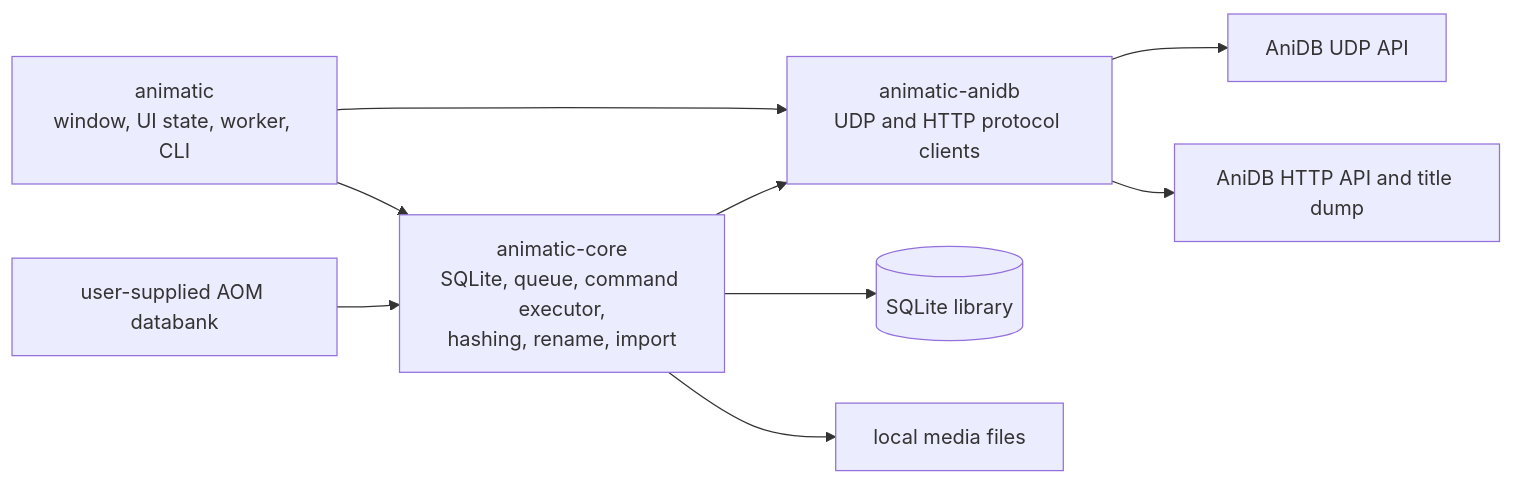
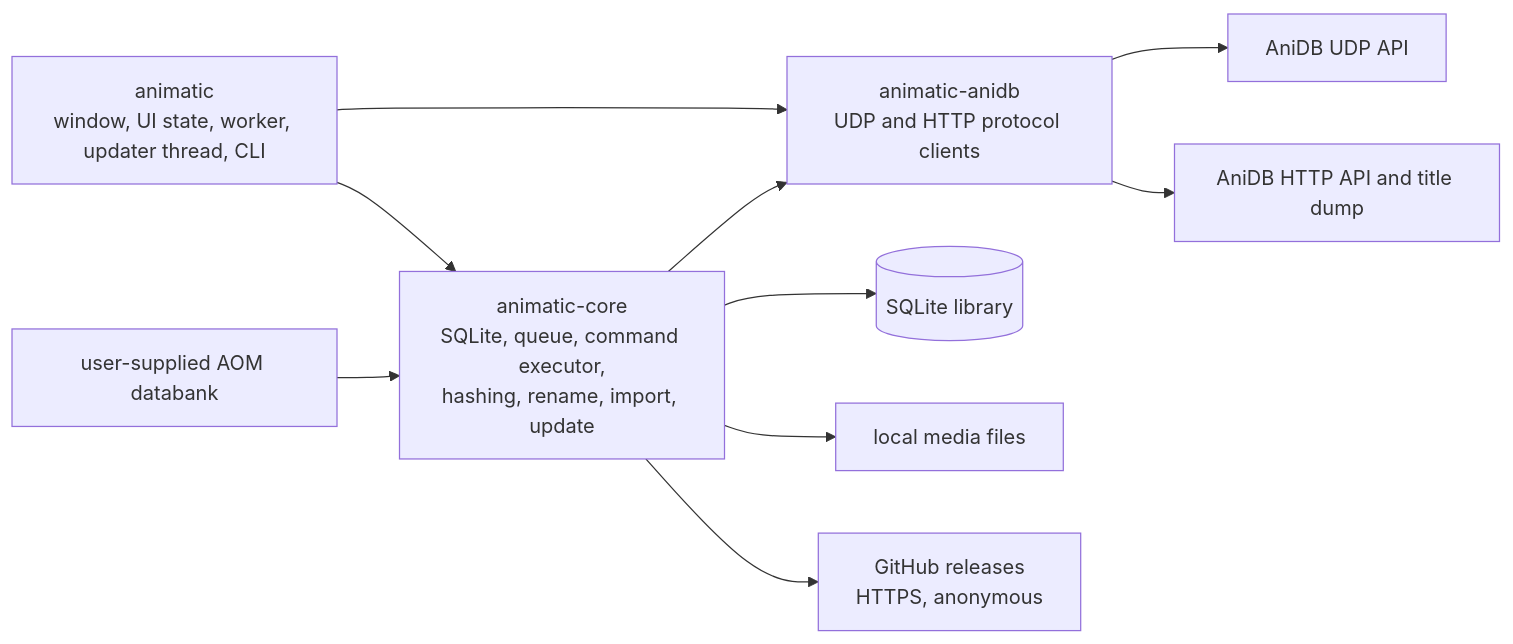
One commit to RetroHazard/animatic changed the first of 4 diagrams in docs/architecture.md. Above: the diagram before and after it, drawn with Mermaid. The commit also changed other lines of this file and 19 other files, not shown here.

First line of the commit message:
feat: add verified GitHub application updates (#4)

````diff
--- a/docs/architecture.md
+++ b/docs/architecture.md
@@ -11,11 +11,12 @@
 ```mermaid
 flowchart LR
-    APP["animatic<br/>window, UI state, worker, CLI"] --> CORE["animatic-core<br/>SQLite, queue, command executor,<br/>hashing, rename, import"]
+    APP["animatic<br/>window, UI state, worker, updater thread, CLI"] --> CORE["animatic-core<br/>SQLite, queue, command executor,<br/>hashing, rename, import, update"]
     APP --> API["animatic-anidb<br/>UDP and HTTP protocol clients"]
     CORE --> API
     API --> UDP[AniDB UDP API]
     API --> HTTP[AniDB HTTP API and title dump]
     CORE --> DB[(SQLite library)]
     CORE --> FS[local media files]
+    CORE --> GH[GitHub releases<br/>HTTPS, anonymous]
     IMPORT[user-supplied AOM databank] --> CORE
 ```
````
